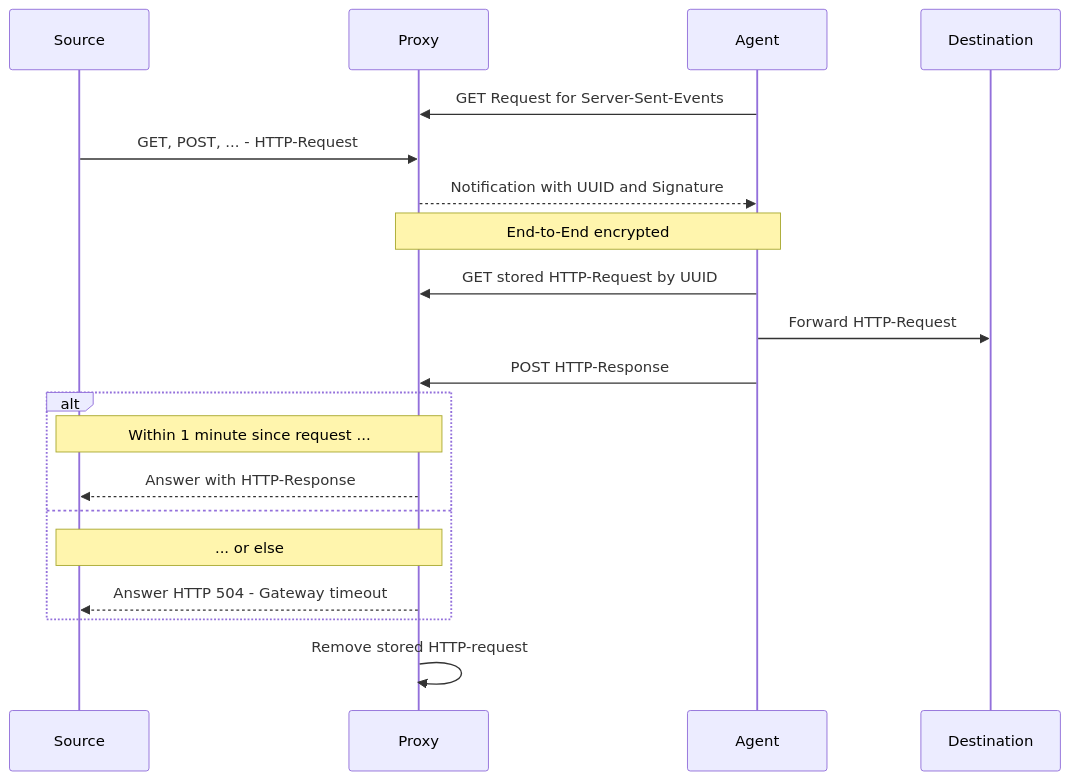
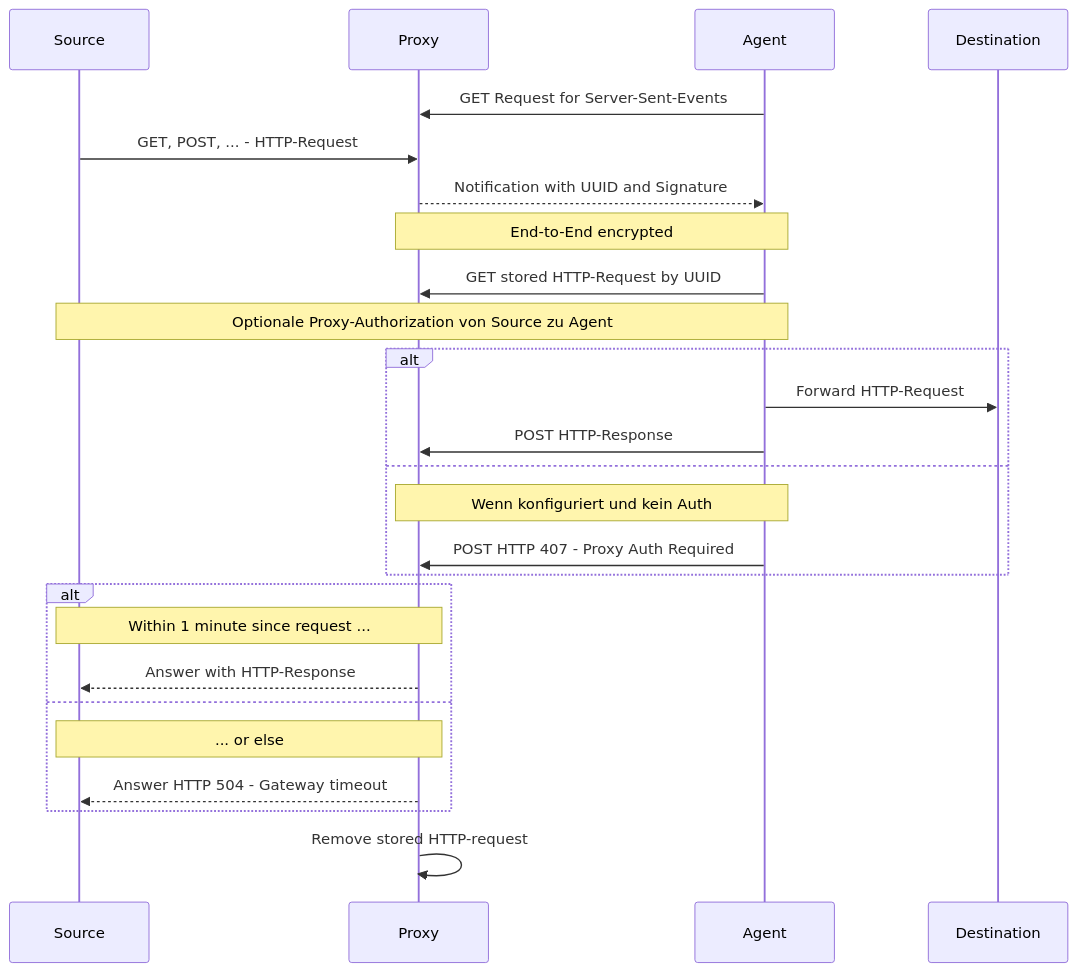
One commit to pcvolkmer/transmission changed the diagram in README.md. Above: the diagram before and after it, drawn with Mermaid. The commit also changed other lines of this file and 8 other files, not shown here.

Commit message:
feat: add handling of PROXY_AUTHORIZATION header

````diff
--- a/README.md
+++ b/README.md
@@ -96,22 +133,28 @@
 ```mermaid
 sequenceDiagram
     participant S as Source
     participant P as Proxy
     participant A as Agent
     participant D as Destination
     A ->> P: GET Request for Server-Sent-Events
     S ->> P: GET, POST, ... - HTTP-Request
     P -->> A: Notification with UUID and Signature
     Note over P, A: End-to-End encrypted
     A ->> P: GET stored HTTP-Request by UUID
-    A ->> D: Forward HTTP-Request
-    A ->> P: POST HTTP-Response
+    Note over S, A: Optionale Proxy-Authorization von Source zu Agent
+    alt
+        A ->> D: Forward HTTP-Request
+        A ->> P: POST HTTP-Response
+    else
+        Note over A, P: Wenn konfiguriert und kein Auth
+        A ->> P: POST HTTP 407 - Proxy Auth Required
+    end
     alt
         Note over S, P: Within 1 minute since request ...
         P -->> S: Answer with HTTP-Response
     else
         Note over S, P: ... or else
         P -->> S: Answer HTTP 504 - Gateway timeout
     end
     P ->> P: Remove stored HTTP-request
 ```
````
